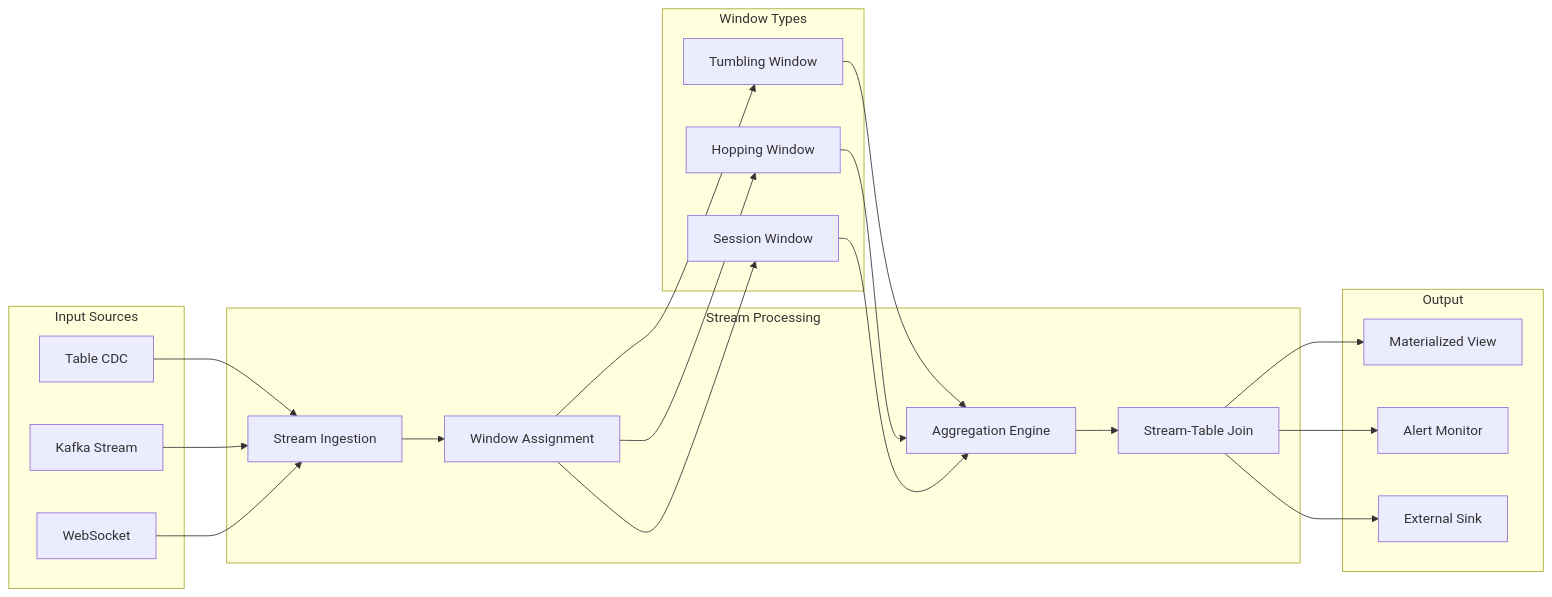
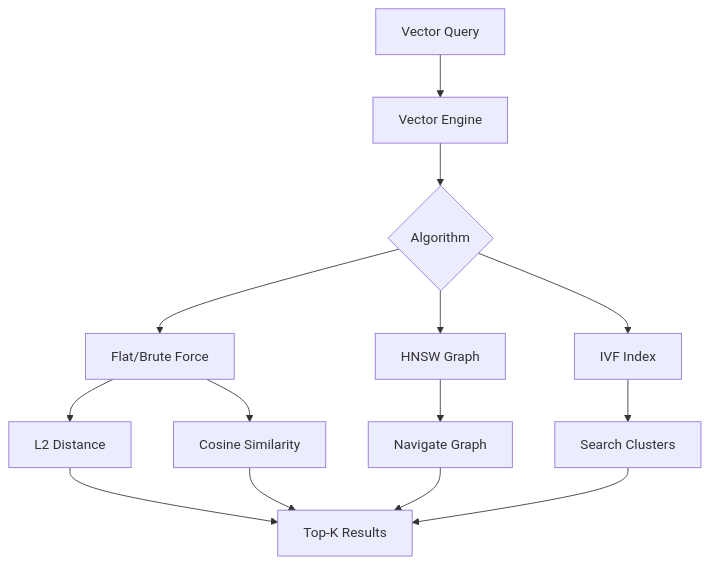
The fifth of 8 diagrams in ARCHITECTURE.md (hoangsonww/LatticeDB-NextGen-DBMS), drawn with Mermaid before and after one commit. The commit also changed other lines of this file and 177 other files, not shown here.

````diff
--- a/ARCHITECTURE.md
+++ b/ARCHITECTURE.md
@@ -394,42 +196,18 @@
 ```mermaid
-flowchart LR
-    subgraph "Input Sources"
-        TABLE[Table CDC]
-        KAFKA[Kafka Stream]
-        WS[WebSocket]
-    end
+flowchart TD
+    Query[Vector Query] --> Engine[Vector Engine]
+    Engine --> Algo{Algorithm}
+    Algo --> Flat[Flat/Brute Force]
+    Algo --> HNSW[HNSW Graph]
+    Algo --> IVF[IVF Index]
 
-    subgraph "Stream Processing"
-        INGEST[Stream Ingestion]
-        WINDOW[Window Assignment]
-        AGG[Aggregation Engine]
-        JOIN[Stream-Table Join]
-    end
+    Flat --> L2[L2 Distance]
+    Flat --> Cos[Cosine Similarity]
+    HNSW --> Graph[Navigate Graph]
+    IVF --> Clusters[Search Clusters]
 
-    subgraph "Window Types"
-        TUMBLE[Tumbling Window]
-        HOP[Hopping Window]
-        SESSION[Session Window]
-    end
-
-    subgraph "Output"
-        MV[Materialized View]
-        ALERT[Alert Monitor]
-        EXPORT[External Sink]
-    end
-
-    TABLE --> INGEST
-    KAFKA --> INGEST
-    WS --> INGEST
-    INGEST --> WINDOW
-    WINDOW --> TUMBLE
-    WINDOW --> HOP
-    WINDOW --> SESSION
-    TUMBLE --> AGG
-    HOP --> AGG
-    SESSION --> AGG
-    AGG --> JOIN
-    JOIN --> MV
-    JOIN --> ALERT
-    JOIN --> EXPORT
+    L2 --> Results
+    Cos --> Results
+    Graph --> Results
+    Clusters --> Results[Top-K Results]
 ```
````
